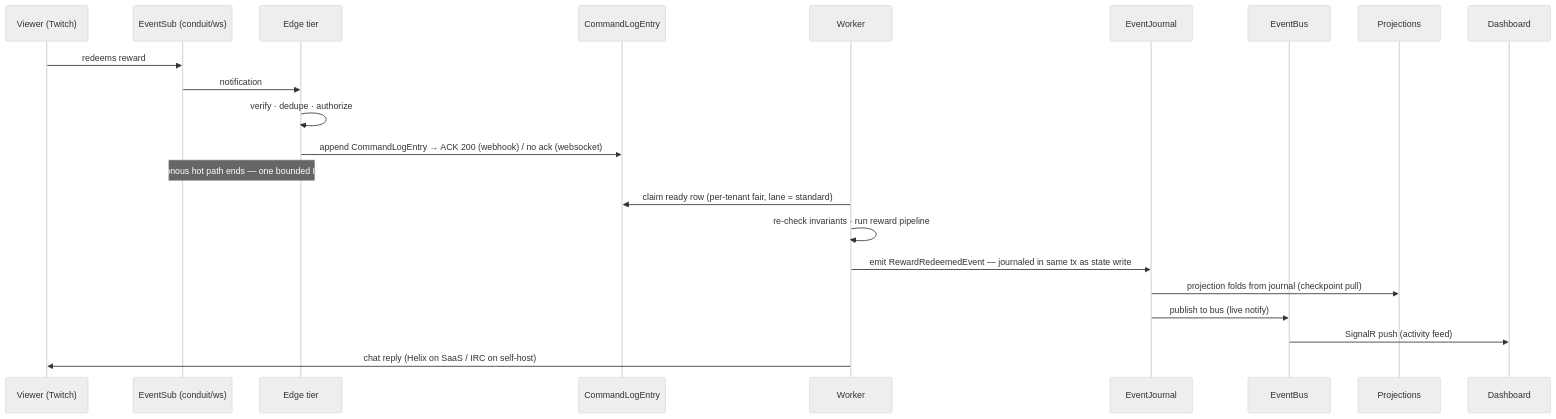
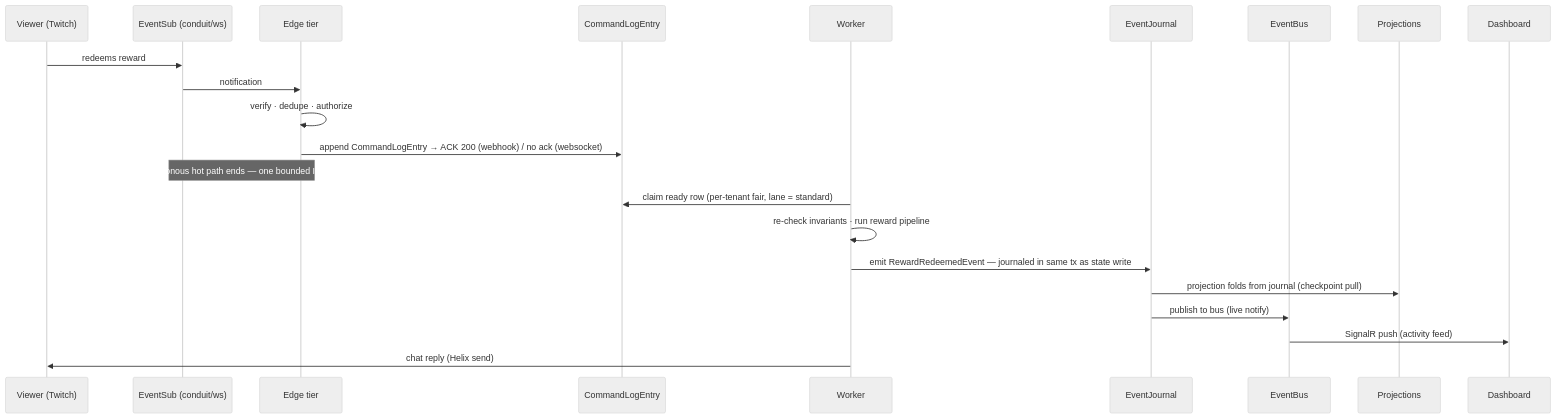
Before and after one commit to NoMercyLabs/nomnomzbot: the fourth of 4 diagrams in .claude/docs/design/2026-06-17-saas-architecture-flow.md, drawn with Mermaid (neutral theme). The commit also changed other lines of this file and 119 other files, not shown here.

````diff
--- a/.claude/docs/design/2026-06-17-saas-architecture-flow.md
+++ b/.claude/docs/design/2026-06-17-saas-architecture-flow.md
@@ -166,25 +165,25 @@
 ```mermaid
 sequenceDiagram
   participant V as Viewer (Twitch)
   participant T as EventSub (conduit/ws)
   participant E as Edge tier
   participant L as CommandLogEntry
   participant W as Worker
   participant J as EventJournal
   participant B as EventBus
   participant P as Projections
   participant D as Dashboard
 
   V->>T: redeems reward
   T->>E: notification
   E->>E: verify · dedupe · authorize
   E->>L: append CommandLogEntry → ACK 200 (webhook) / no ack (websocket)
   Note over E,T: synchronous hot path ends — one bounded INSERT
   W->>L: claim ready row (per-tenant fair, lane = standard)
   W->>W: re-check invariants · run reward pipeline
   W->>J: emit RewardRedeemedEvent — journaled in same tx as state write
   J->>P: projection folds from journal (checkpoint pull)
   J->>B: publish to bus (live notify)
   B->>D: SignalR push (activity feed)
-  W->>V: chat reply (Helix on SaaS / IRC on self-host)
+  W->>V: chat reply (Helix send)
 ```
````
